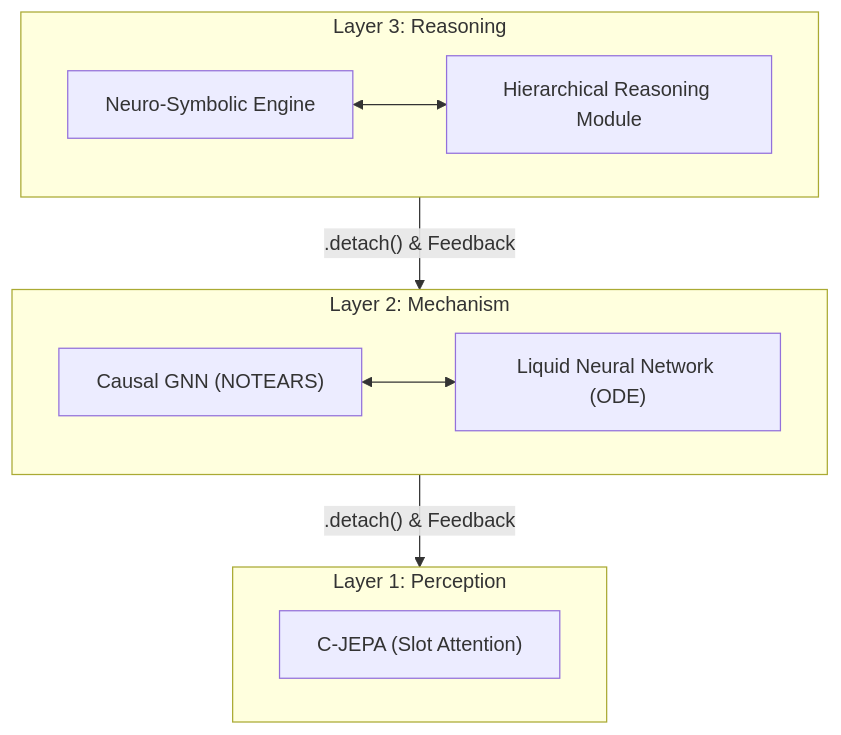
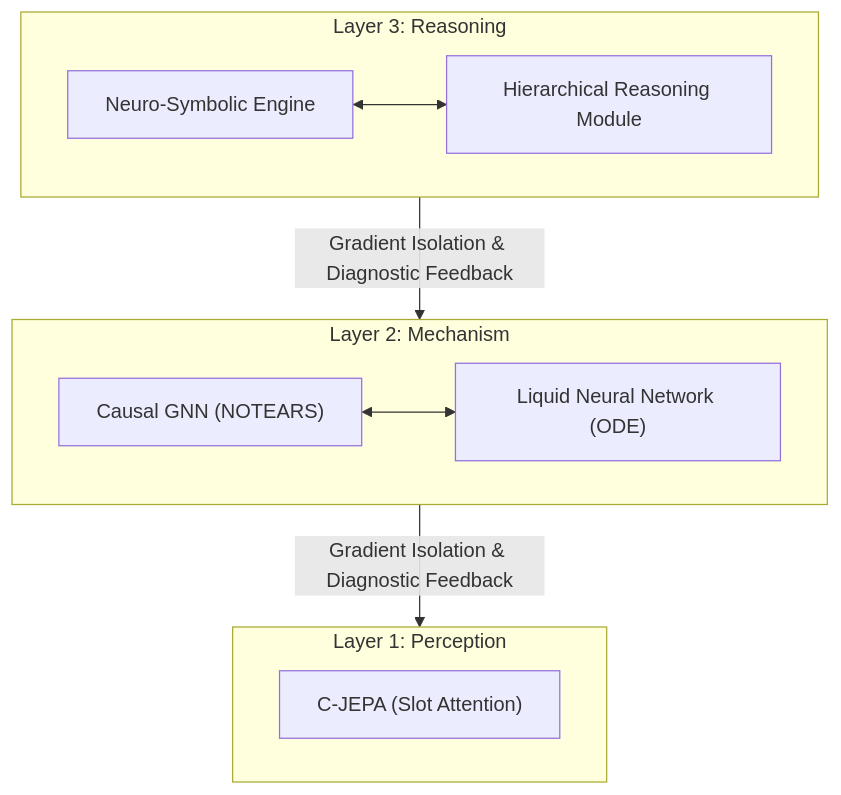
Before and after one commit to sunghunkwag/HHCRA-Causal-Inference: the diagram in README.md, drawn with Mermaid.

Commit message:
docs: use formal academic terminology in architecture diagram

````diff
--- a/README.md
+++ b/README.md
@@ -20,21 +20,21 @@
 ```mermaid
 graph TD
     subgraph L3 ["Layer 3: Reasoning"]
         NSE["Neuro-Symbolic Engine"]
         HRM["Hierarchical Reasoning Module"]
         NSE <--> HRM
     end
 
     subgraph L2 ["Layer 2: Mechanism"]
         GNN["Causal GNN (NOTEARS)"]
         LNN["Liquid Neural Network (ODE)"]
         GNN <--> LNN
     end
 
     subgraph L1 ["Layer 1: Perception"]
         CJEPA["C-JEPA (Slot Attention)"]
     end
 
-    L3 -- ".detach() & Feedback" --> L2
-    L2 -- ".detach() & Feedback" --> L1
+    L3 -- "Gradient Isolation & Diagnostic Feedback" --> L2
+    L2 -- "Gradient Isolation & Diagnostic Feedback" --> L1
 ```
````
